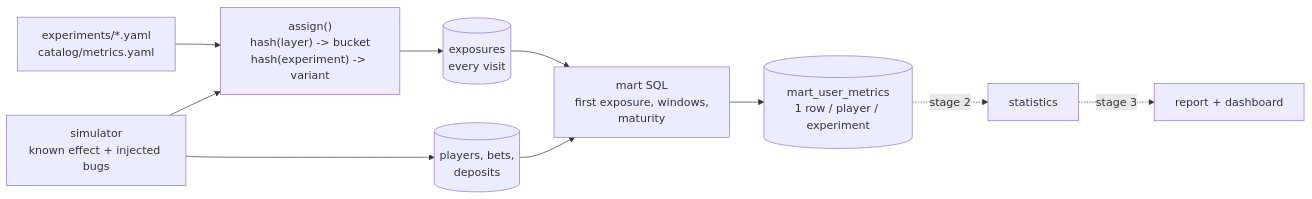
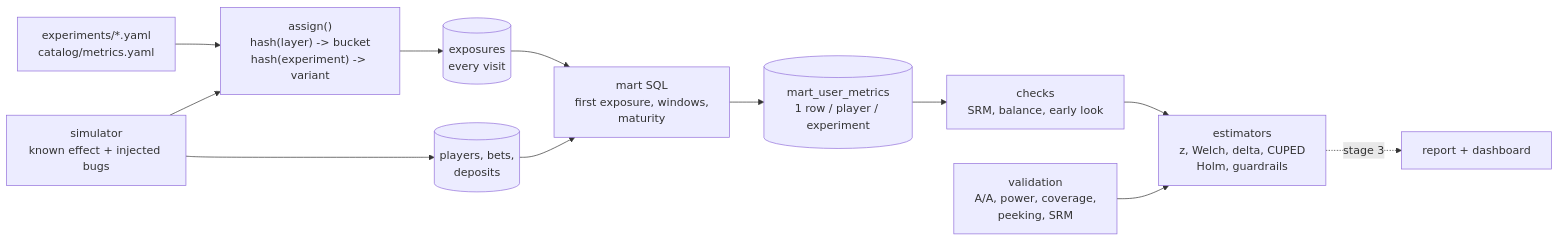
Before and after one commit to KartelSRBX/Gamma: the diagram in README.md, drawn with Mermaid. The commit also changed other lines of this file and 23 other files, not shown here.

First line of the commit message:
Add the statistics: estimators, checks, planning, sequential boundaries, and their validation

````diff
--- a/README.md
+++ b/README.md
@@ -32,12 +33,14 @@
 ```mermaid
 flowchart LR
     Y["experiments/*.yaml<br/>catalog/metrics.yaml"] --> A["assign()<br/>hash(layer) -> bucket<br/>hash(experiment) -> variant"]
     S["simulator<br/>known effect + injected bugs"] --> A
     A --> E[("exposures<br/>every visit")]
     S --> R[("players, bets,<br/>deposits")]
     E --> M["mart SQL<br/>first exposure, windows,<br/>maturity"]
     R --> M
     M --> U[("mart_user_metrics<br/>1 row / player / experiment")]
-    U -. "stage 2" .-> ST["statistics"]
+    U --> Q["checks<br/>SRM, balance, early look"]
+    Q --> ST["estimators<br/>z, Welch, delta, CUPED<br/>Holm, guardrails"]
     ST -. "stage 3" .-> RP["report + dashboard"]
+    V["validation<br/>A/A, power, coverage,<br/>peeking, SRM"] --> ST
 ```
````
